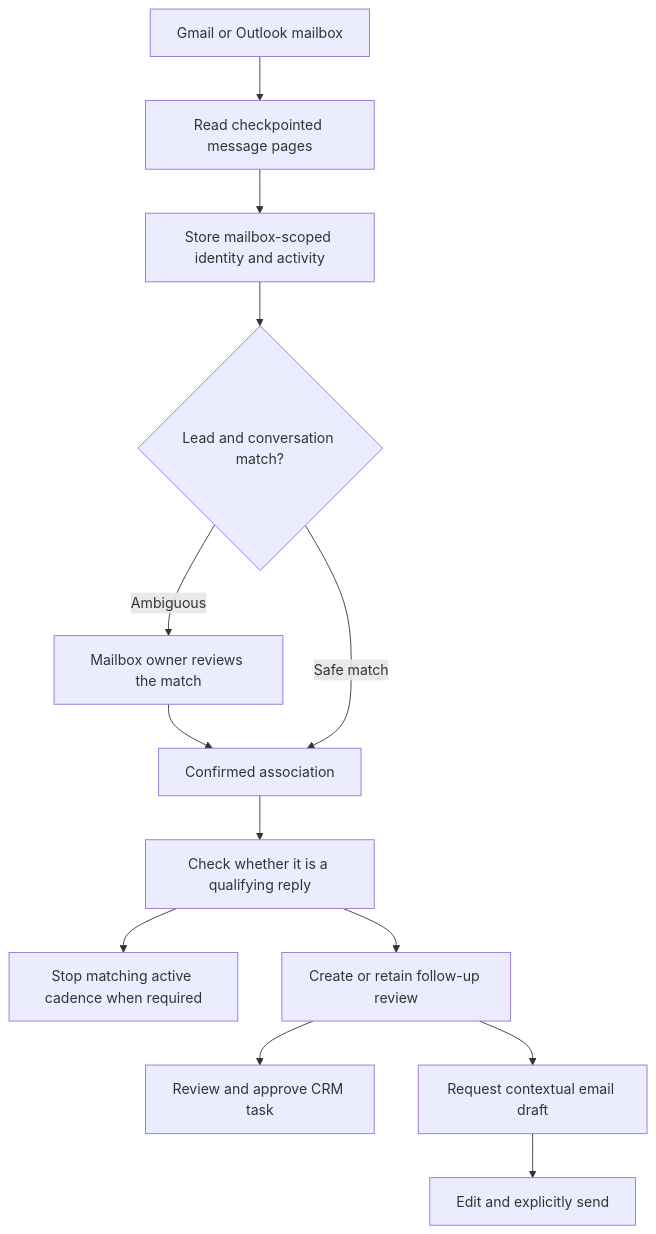
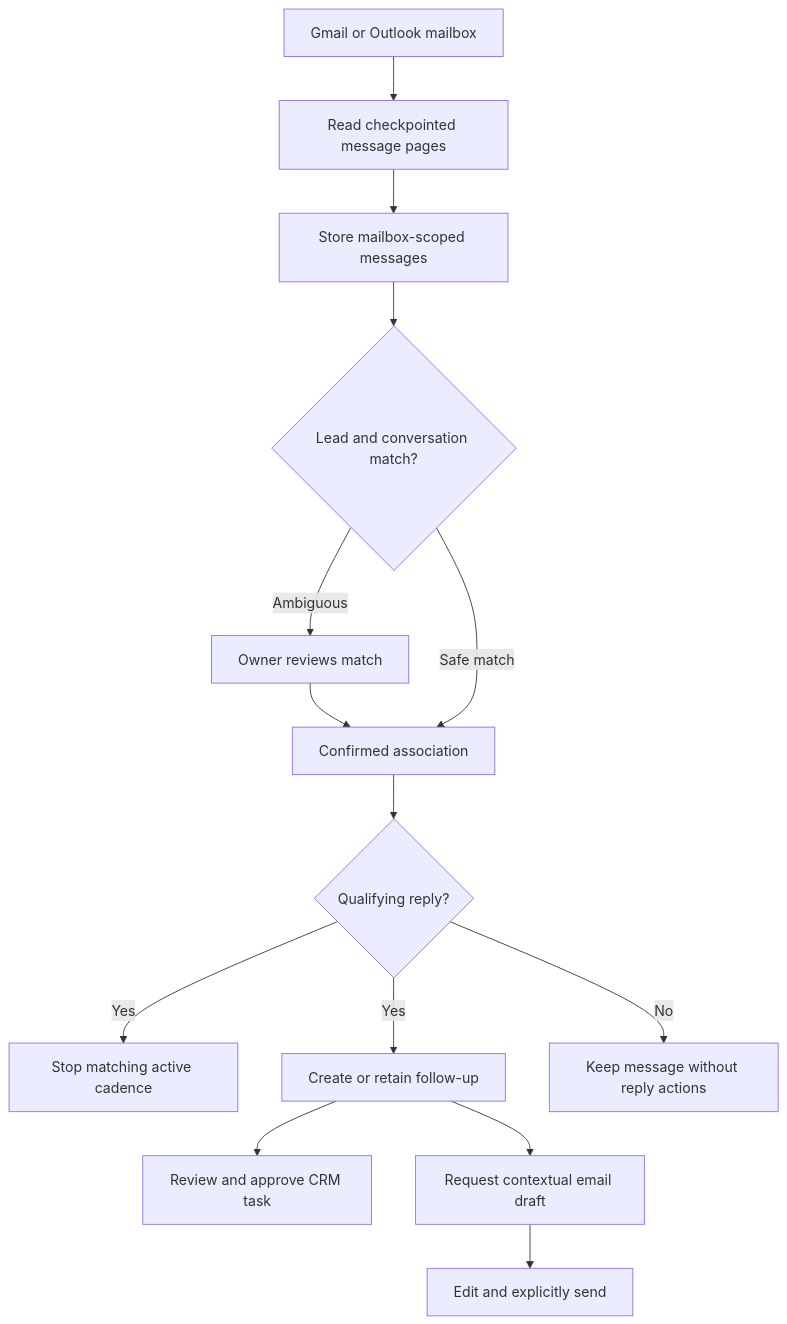
One commit to marckengland/flowrish-next changed the third of 4 diagrams in docs/DATA_FLOWS.md. Above: the diagram before and after it, drawn with Mermaid. The commit also changed other lines of this file and 2 other files, not shown here.

Commit message:
docs: keep flowchart labels readable at page width

````diff
--- a/docs/DATA_FLOWS.md
+++ b/docs/DATA_FLOWS.md
@@ -54,15 +53,16 @@
 ```mermaid
 flowchart TD
     mailbox["Gmail or Outlook mailbox"] --> sync["Read checkpointed message pages"]
-    sync --> persist["Store mailbox-scoped identity and activity"]
+    sync --> persist["Store mailbox-scoped messages"]
     persist --> match{"Lead and conversation match?"}
-    match -->|Ambiguous| review["Mailbox owner reviews the match"]
+    match -->|Ambiguous| review["Owner reviews match"]
     review --> linked["Confirmed association"]
     match -->|Safe match| linked
-    linked --> qualify["Check whether it is a qualifying reply"]
-    qualify --> stop["Stop matching active cadence when required"]
-    qualify --> inbox["Create or retain follow-up review"]
+    linked --> qualify{"Qualifying reply?"}
+    qualify -->|Yes| stop["Stop matching active cadence"]
+    qualify -->|Yes| inbox["Create or retain follow-up"]
+    qualify -->|No| retained["Keep message without reply actions"]
     inbox --> task["Review and approve CRM task"]
     inbox --> draft["Request contextual email draft"]
     draft --> edit["Edit and explicitly send"]
 ```
````
